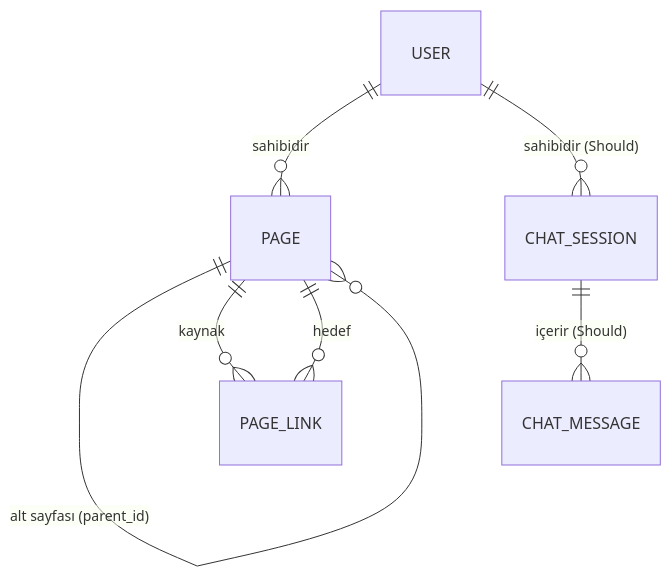
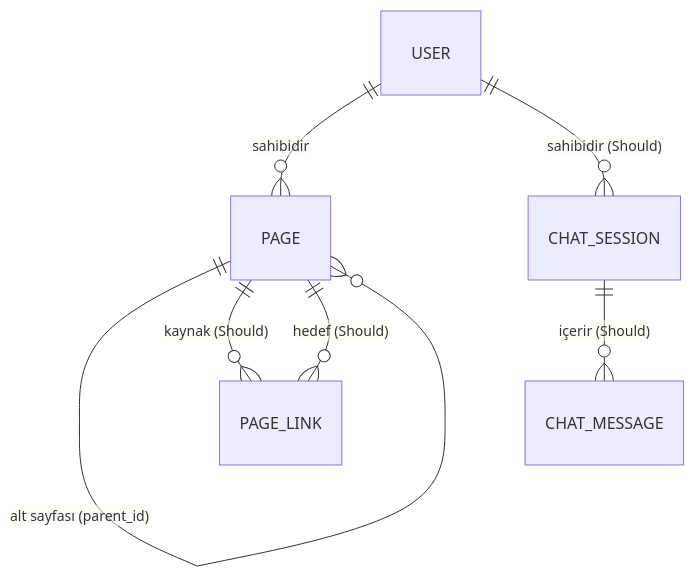
One commit to semihbekdas/sari-takim-kovan changed the diagram in docs/domain-design.md. Above: the diagram before and after it, drawn with Mermaid. The commit also changed other lines of this file and 17 other files, not shown here.

````diff
--- a/docs/domain-design.md
+++ b/docs/domain-design.md
@@ -9,9 +9,9 @@
 ```mermaid
 erDiagram
     USER ||--o{ PAGE : "sahibidir"
     PAGE ||--o{ PAGE : "alt sayfası (parent_id)"
-    PAGE ||--o{ PAGE_LINK : "kaynak"
-    PAGE ||--o{ PAGE_LINK : "hedef"
+    PAGE ||--o{ PAGE_LINK : "kaynak (Should)"
+    PAGE ||--o{ PAGE_LINK : "hedef (Should)"
     USER ||--o{ CHAT_SESSION : "sahibidir (Should)"
     CHAT_SESSION ||--o{ CHAT_MESSAGE : "içerir (Should)"
 ```
````
